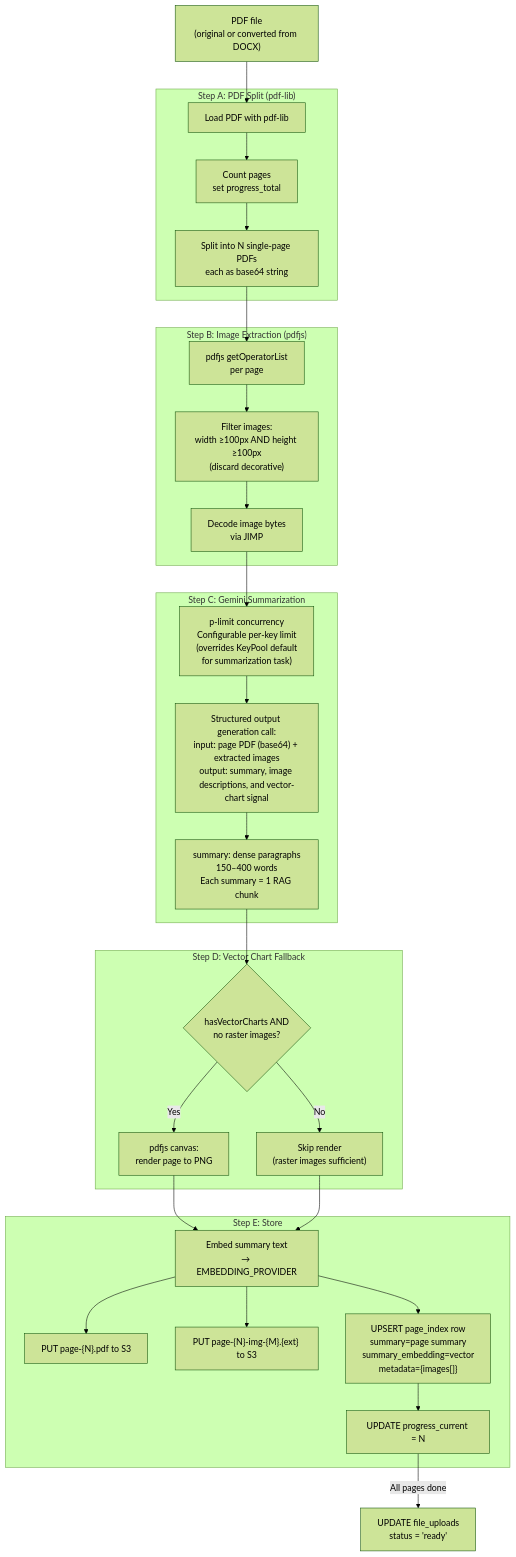
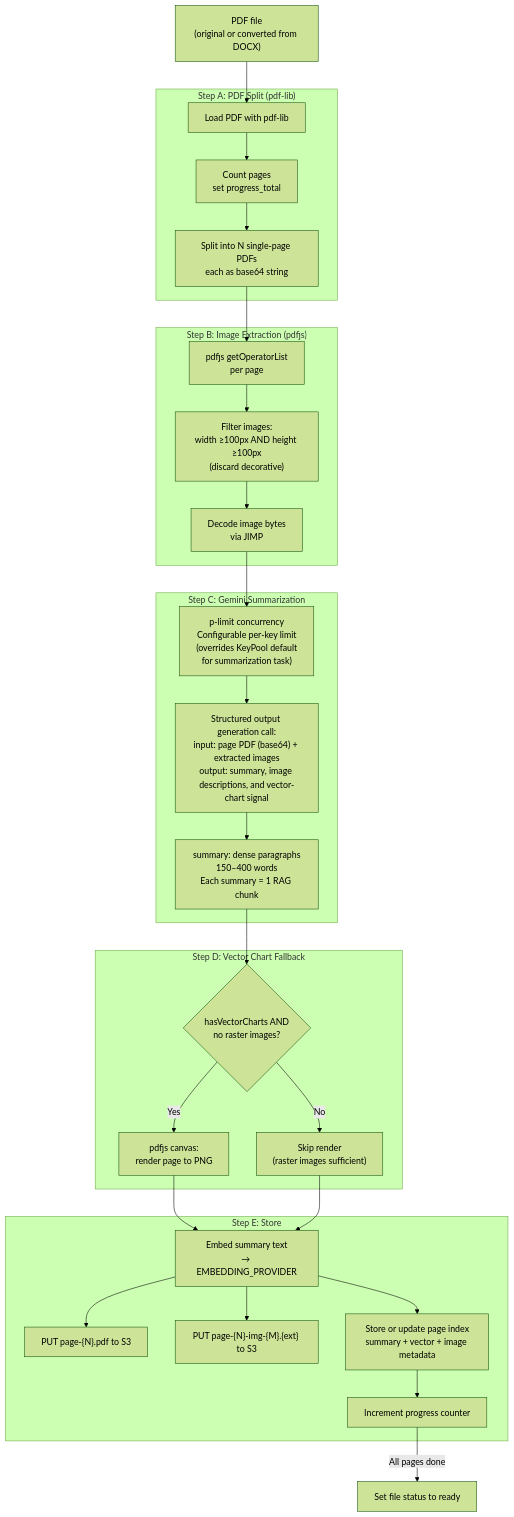
Before and after one commit to 1qh/safeagent: the fourth of 11 diagrams in plan/08-documents.md, drawn with Mermaid (forest theme). The commit also changed other lines of this file and 8 other files, not shown here.

Commit message:
fix remaining SQL in Mermaid, function signatures, version references across plan files

````diff
--- a/plan/08-documents.md
+++ b/plan/08-documents.md
@@ -222,49 +222,49 @@
 ```mermaid
 flowchart TD
     PDF_INPUT["PDF file\n(original or converted from DOCX)"]
 
     subgraph STEP_A["Step A: PDF Split (pdf-lib)"]
         LOAD_PDF["Load PDF with pdf-lib"]
         COUNT_PAGES["Count pages\nset progress_total"]
         SPLIT_PAGES["Split into N single-page PDFs\neach as base64 string"]
     end
 
     subgraph STEP_B["Step B: Image Extraction (pdfjs)"]
         GET_OPS["pdfjs getOperatorList\nper page"]
         FILTER_IMGS["Filter images:\nwidth ≥100px AND height ≥100px\n(discard decorative)"]
         DECODE_IMGS["Decode image bytes\nvia JIMP"]
     end
 
     subgraph STEP_C["Step C: Gemini Summarization"]
         PLIMIT["p-limit concurrency\nConfigurable per-key limit\n(overrides KeyPool default\nfor summarization task)"]
         GEMINI_CALL["Structured output generation call:\ninput: page PDF (base64) + extracted images\noutput: summary, image descriptions, and vector-chart signal"]
         DENSE_PARA["summary: dense paragraphs\n150–400 words\nEach summary = 1 RAG chunk"]
     end
 
     subgraph STEP_D["Step D: Vector Chart Fallback"]
         CHECK_VECTOR{hasVectorCharts AND\nno raster images?}
         RENDER_PNG["pdfjs canvas:\nrender page to PNG"]
         SKIP_RENDER["Skip render\n(raster images sufficient)"]
     end
 
     subgraph STEP_E["Step E: Store"]
         EMBED_SUMMARY["Embed summary text\n→ EMBEDDING_PROVIDER"]
         STORAGE_SINGLE_PAGE_PDF["PUT page-{N}.pdf to S3"]
         STORAGE_EXTRACTED_IMAGES["PUT page-{N}-img-{M}.{ext} to S3"]
-        INSERT_IDX["UPSERT page_index row\nsummary=page summary\nsummary_embedding=vector\nmetadata={images[]}"]
-        UPDATE_PROGRESS["UPDATE progress_current = N"]
+        INSERT_IDX["Store or update page index\nsummary + vector + image metadata"]
+        UPDATE_PROGRESS["Increment progress counter"]
     end
 
-    STATUS_READY["UPDATE file_uploads\nstatus = 'ready'"]
+    STATUS_READY["Set file status to ready"]
 
     PDF_INPUT --> LOAD_PDF --> COUNT_PAGES --> SPLIT_PAGES
     SPLIT_PAGES --> GET_OPS --> FILTER_IMGS --> DECODE_IMGS
     DECODE_IMGS --> PLIMIT --> GEMINI_CALL --> DENSE_PARA
     DENSE_PARA --> CHECK_VECTOR
     CHECK_VECTOR -->|"Yes"| RENDER_PNG --> EMBED_SUMMARY
     CHECK_VECTOR -->|"No"| SKIP_RENDER --> EMBED_SUMMARY
     EMBED_SUMMARY --> STORAGE_SINGLE_PAGE_PDF
     EMBED_SUMMARY --> STORAGE_EXTRACTED_IMAGES
     EMBED_SUMMARY --> INSERT_IDX --> UPDATE_PROGRESS
     UPDATE_PROGRESS -->|"All pages done"| STATUS_READY
 ```
````
